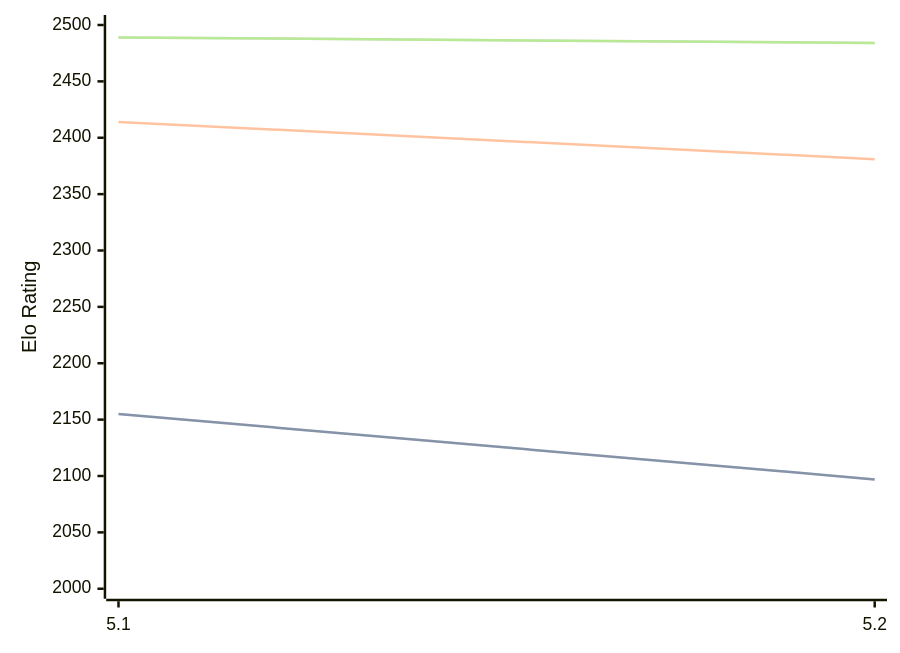
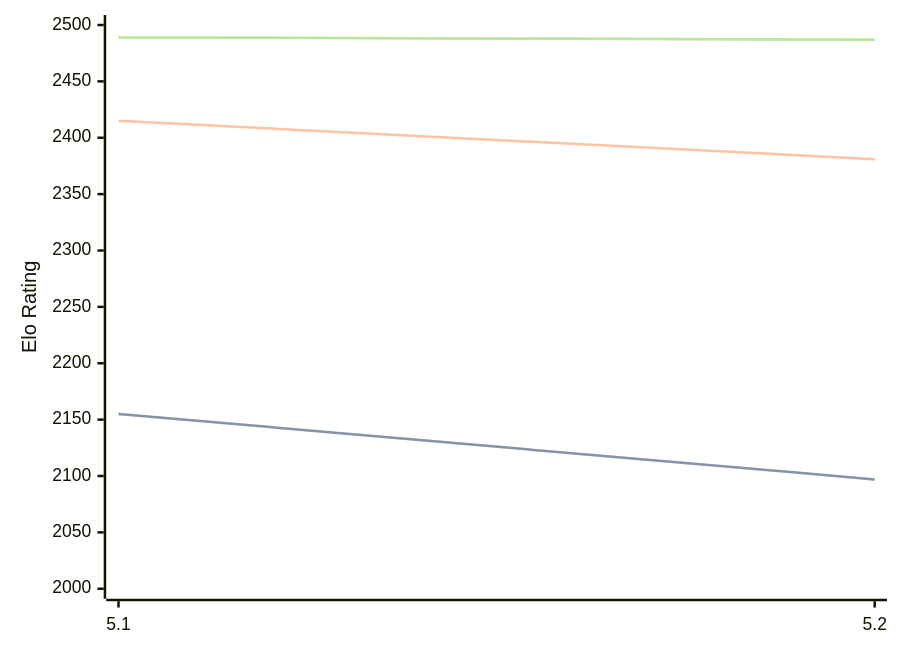
The diagram in engines/Prophet.md (computer-chess-index/cci), drawn with Mermaid before and after one commit. The commit also changed other lines of this file, not shown here.

Commit message:
Update CCI Ratings (ELO VLTC) - 2026-07-31

````diff
--- a/engines/Prophet.md
+++ b/engines/Prophet.md
@@ -38,11 +38,11 @@
 ```mermaid
 %%{init: {"theme":"base","themeVariables":{"seriesColors:['#a3a3a3','#222221','#faa371']}}}%%
 xychart-beta
   x-axis ["5.1", "5.2"]
   y-axis "Elo Rating" 2000 --> 2500
   line "STC (8.0+0.08s)" [2155, 2097]
   line "STC (8.0+0.08s)" [2155, 2097]
-  line "LTC (60.0+0.60s)" [2414, 2381]
-  line "VLTC (2m24s+1.12s)" [2489, 2484]
-  line "VLTC (2m24s+1.12s)" [2489, 2484]
+  line "LTC (60.0+0.60s)" [2415, 2381]
+  line "VLTC (2m24s+1.12s)" [2489, 2487]
+  line "VLTC (2m24s+1.12s)" [2489, 2487]
 ```
````
